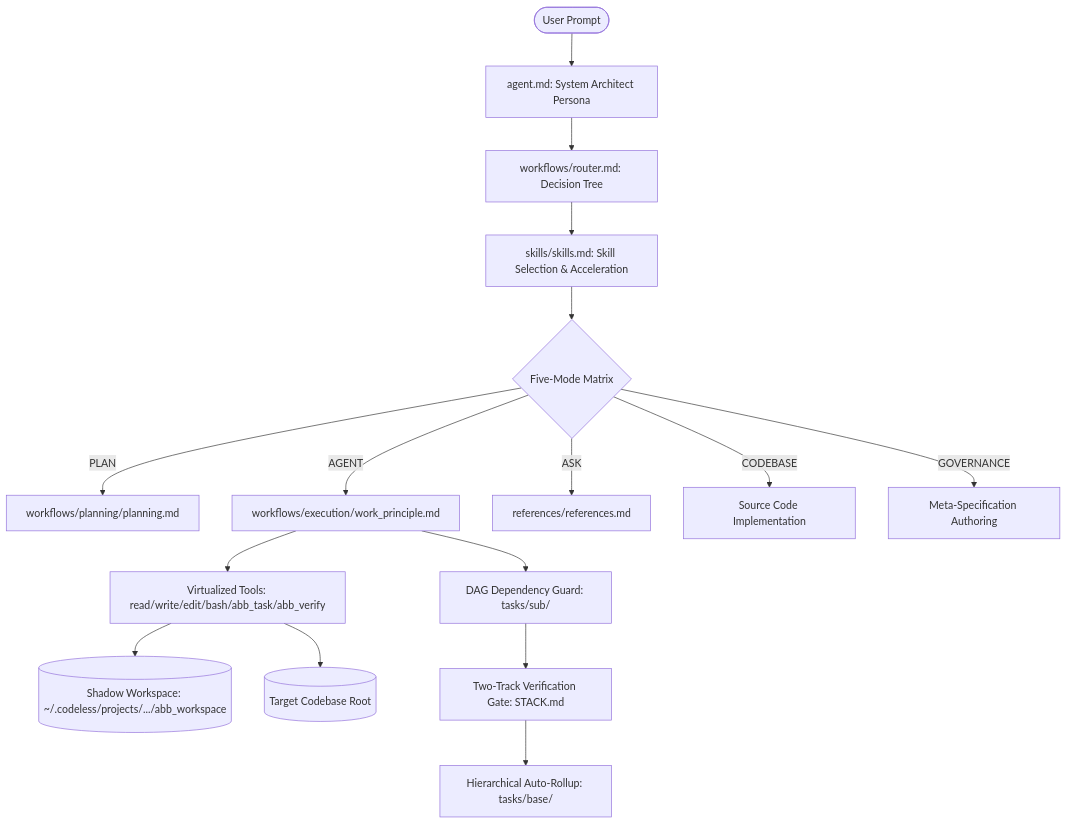
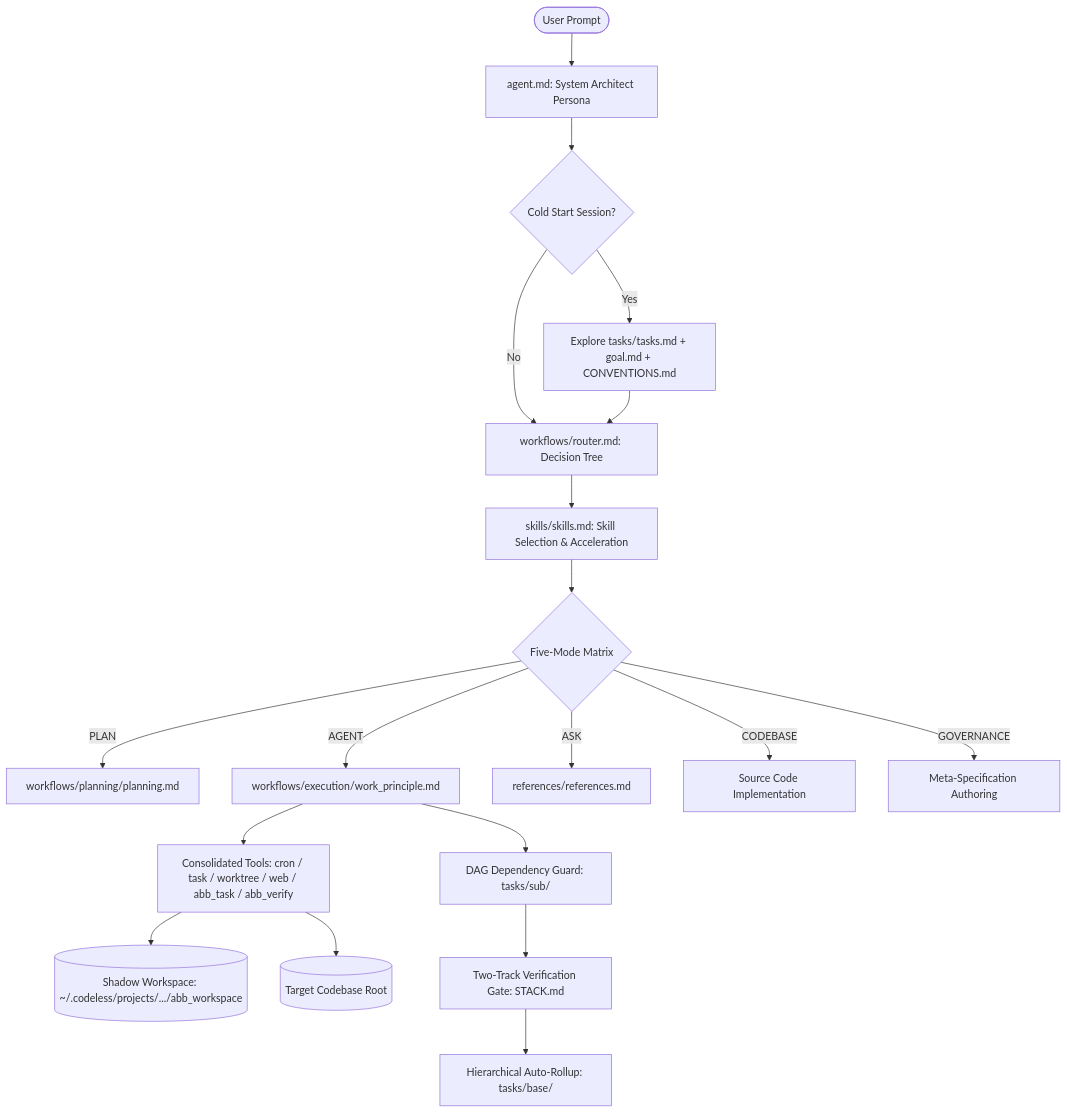
The first of 2 diagrams in README.md (AkshatTilak/codeless), drawn with Mermaid before and after one commit. The commit also changed other lines of this file and 245 other files, not shown here.

````diff
--- a/README.md
+++ b/README.md
@@ -48,21 +58,24 @@
 ```mermaid
 graph TD
     User([User Prompt]) --> Agent[agent.md: System Architect Persona]
-    Agent --> Router[workflows/router.md: Decision Tree]
+    Agent --> ColdStart{Cold Start Session?}
+    ColdStart -->|Yes| Inspect[Explore tasks/tasks.md + goal.md + CONVENTIONS.md]
+    ColdStart -->|No| Router[workflows/router.md: Decision Tree]
+    Inspect --> Router
     Router --> Skills[skills/skills.md: Skill Selection & Acceleration]
 
     Skills --> Mode{Five-Mode Matrix}
     Mode -->|PLAN| Plan[workflows/planning/planning.md]
     Mode -->|AGENT| Exec[workflows/execution/work_principle.md]
     Mode -->|ASK| Know[references/references.md]
     Mode -->|CODEBASE| Code[Source Code Implementation]
     Mode -->|GOVERNANCE| Gov[Meta-Specification Authoring]
 
-    Exec --> Tools[Virtualized Tools: read/write/edit/bash/abb_task/abb_verify]
+    Exec --> Tools[Consolidated Tools: cron / task / worktree / web / abb_task / abb_verify]
     Tools --> Shadow[(Shadow Workspace: ~/.codeless/projects/.../abb_workspace)]
     Tools --> Codebase[(Target Codebase Root)]
 
     Exec --> DAG[DAG Dependency Guard: tasks/sub/]
     DAG --> Verify[Two-Track Verification Gate: STACK.md]
     Verify --> Rollup[Hierarchical Auto-Rollup: tasks/base/]
 ```
````
